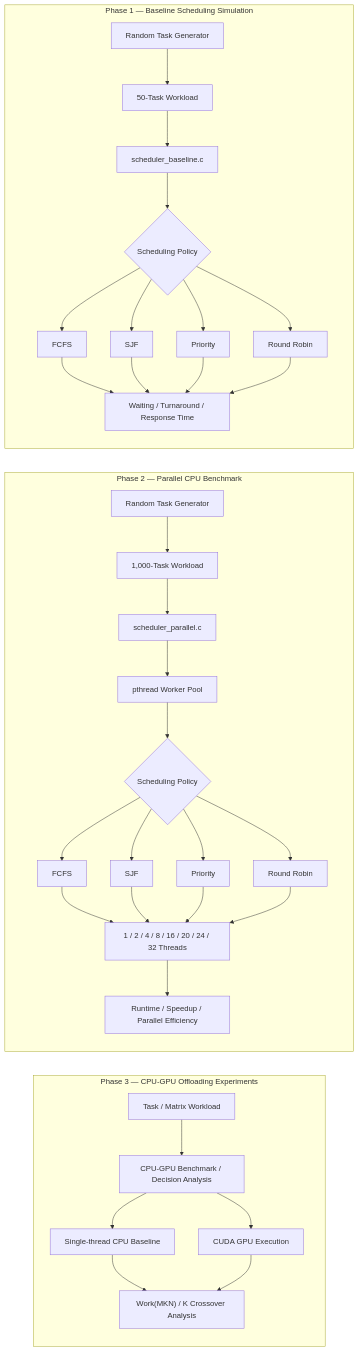
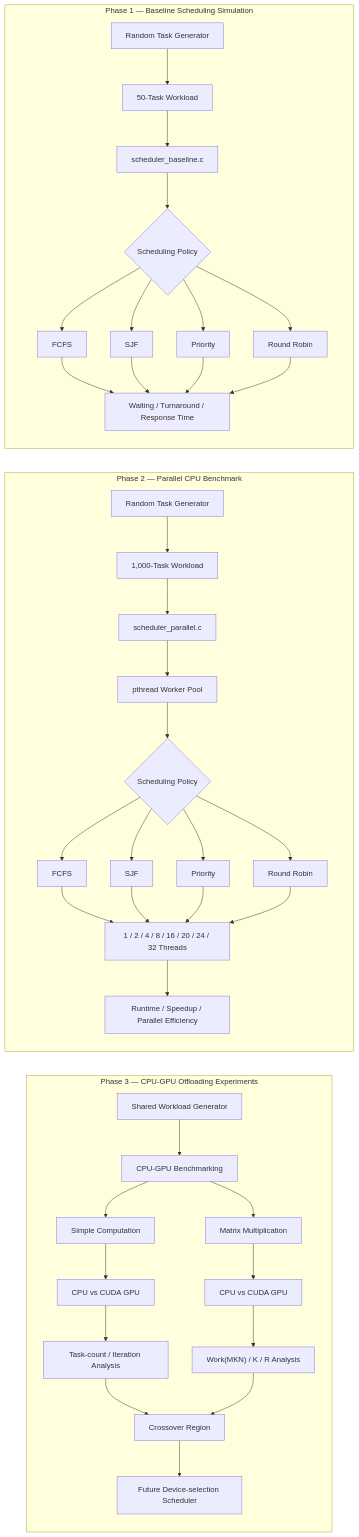
Before and after one commit to HoiChunWat/CPU-GPU-Scheduling-Simulator: the diagram in README.md, drawn with Mermaid.

````diff
--- a/README.md
+++ b/README.md
@@ -54,52 +54,60 @@
 ```mermaid
 flowchart LR
 
     subgraph P3["Phase 3 — CPU-GPU Offloading Experiments"]
-        C1["Task / Matrix Workload"] --> C2["CPU-GPU Benchmark / Decision Analysis"]
+        C1["Shared Workload Generator"] --> C2["CPU-GPU Benchmarking"]
 
-        C2 --> C3["Single-thread CPU Baseline"]
-        C2 --> C4["CUDA GPU Execution"]
+        C2 --> C3["Simple Computation"]
+        C2 --> C4["Matrix Multiplication"]
 
-        C3 --> C5["Work(MKN) / K Crossover Analysis"]
-        C4 --> C5
+        C3 --> C5["CPU vs CUDA GPU"]
+        C4 --> C6["CPU vs CUDA GPU"]
+
+        C5 --> C7["Task-count / Iteration Analysis"]
+        C6 --> C8["Work(MKN) / K / R Analysis"]
+
+        C7 --> C9["Crossover Region"]
+        C8 --> C9
+
+        C9 --> C10["Future Device-selection Scheduler"]
     end
 
 
     subgraph P2["Phase 2 — Parallel CPU Benchmark"]
         B1["Random Task Generator"] --> B2["1,000-Task Workload"]
 
         B2 --> B3["scheduler_parallel.c"]
         B3 --> B4["pthread Worker Pool"]
         B4 --> B5{"Scheduling Policy"}
 
         B5 --> B6["FCFS"]
         B5 --> B7["SJF"]
         B5 --> B8["Priority"]
         B5 --> B9["Round Robin"]
 
         B6 --> B10["1 / 2 / 4 / 8 / 16 / 20 / 24 / 32 Threads"]
         B7 --> B10
         B8 --> B10
         B9 --> B10
 
         B10 --> B11["Runtime / Speedup / Parallel Efficiency"]
     end
 
 
     subgraph P1["Phase 1 — Baseline Scheduling Simulation"]
         A1["Random Task Generator"] --> A2["50-Task Workload"]
 
         A2 --> A3["scheduler_baseline.c"]
         A3 --> A4{"Scheduling Policy"}
 
         A4 --> A5["FCFS"]
         A4 --> A6["SJF"]
         A4 --> A7["Priority"]
         A4 --> A8["Round Robin"]
 
         A5 --> A9["Waiting / Turnaround / Response Time"]
         A6 --> A9
         A7 --> A9
         A8 --> A9
     end
 ```
````
